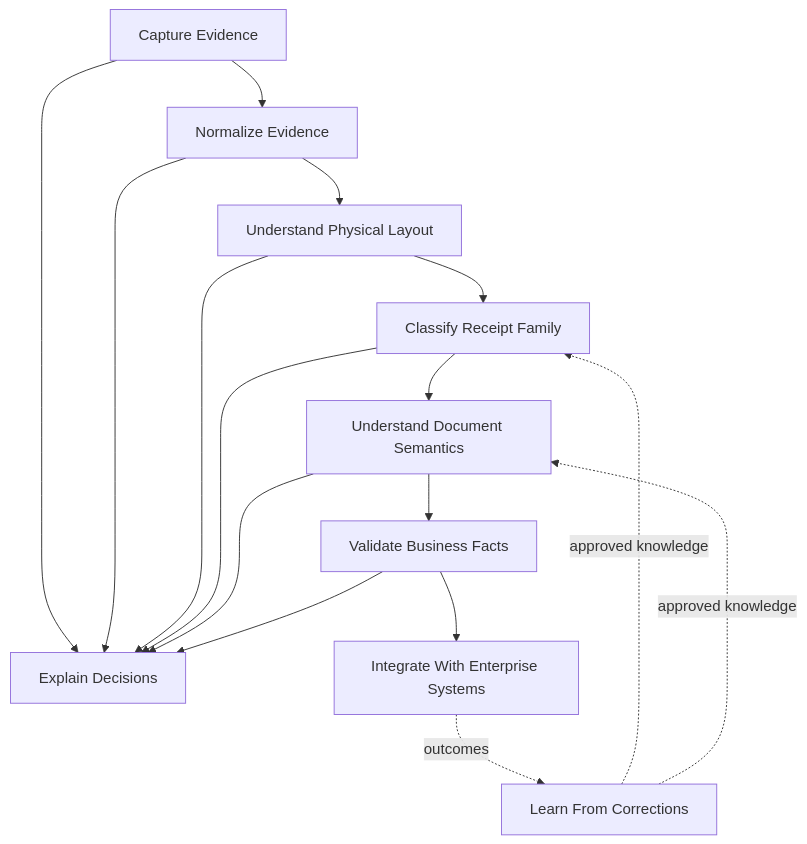
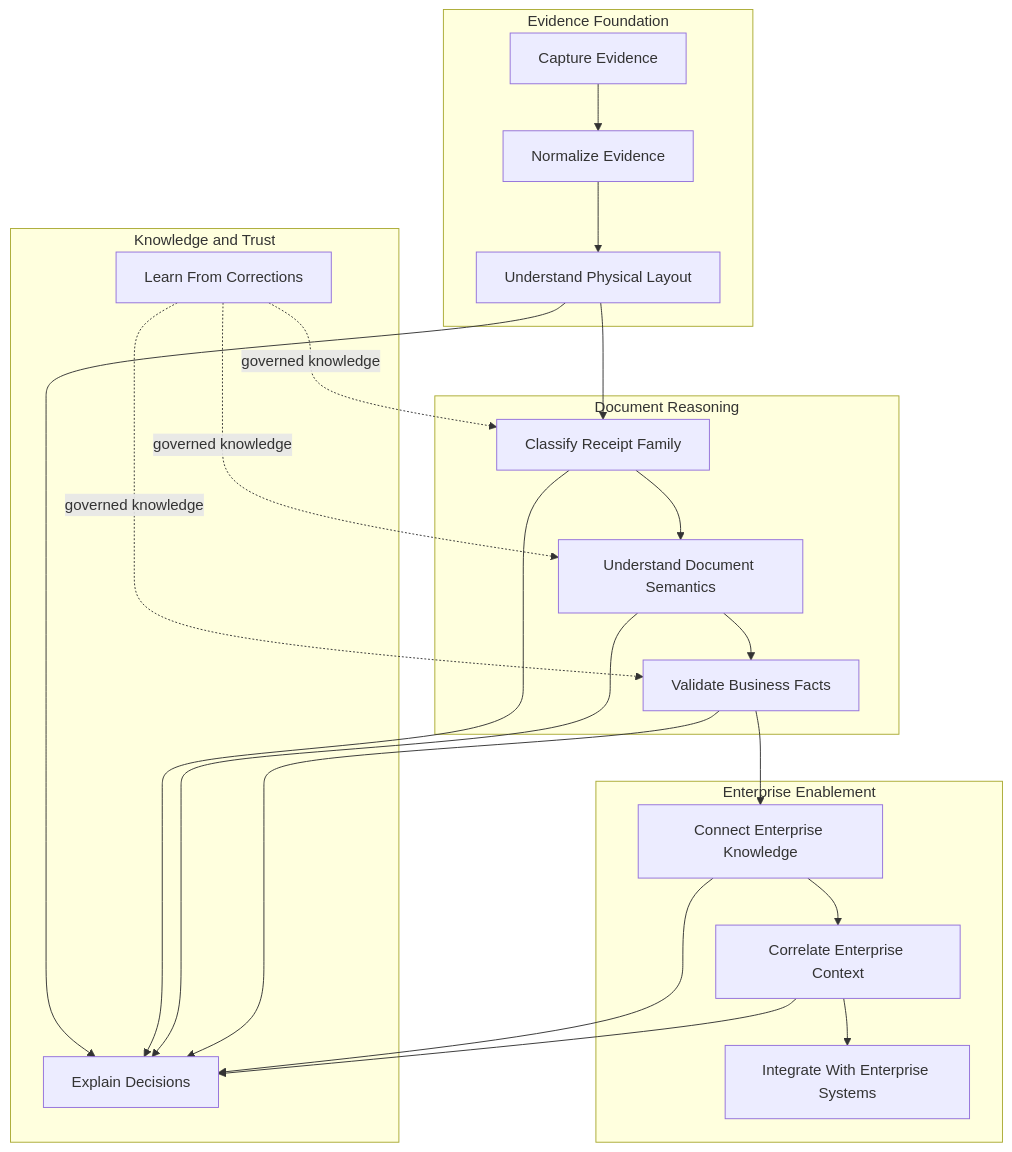
Diagram 14 of 20 in docs/Enterprise-Architecture/Receipt-Intelligence-Enterprise-Architecture.md (rchalicham/ai-backend), drawn with Mermaid before and after one commit. The commit also changed other lines of this file and 330 other files, not shown here.

Commit message:
Add enterprise receipt intelligence frameworks

````diff
--- a/docs/Enterprise-Architecture/Receipt-Intelligence-Enterprise-Architecture.md
+++ b/docs/Enterprise-Architecture/Receipt-Intelligence-Enterprise-Architecture.md
@@ -1224,28 +1676,43 @@
 ```mermaid
-flowchart TD
-    capture[Capture Evidence]
-    normalize[Normalize Evidence]
-    layout[Understand Physical Layout]
-    classify[Classify Receipt Family]
-    semantics[Understand Document Semantics]
-    validate[Validate Business Facts]
-    learn[Learn From Corrections]
-    explain[Explain Decisions]
-    integrate[Integrate With Enterprise Systems]
+flowchart TB
+    subgraph Evidence["Evidence Foundation"]
+        CAPTURE["Capture Evidence"]
+        NORMALIZE["Normalize Evidence"]
+        PHYSICAL["Understand Physical Layout"]
+    end
 
-    capture --> normalize
-    normalize --> layout
-    layout --> classify
-    classify --> semantics
-    semantics --> validate
-    validate --> integrate
-    capture --> explain
-    normalize --> explain
-    layout --> explain
-    classify --> explain
-    semantics --> explain
-    validate --> explain
-    integrate -. outcomes .-> learn
-    learn -. approved knowledge .-> classify
-    learn -. approved knowledge .-> semantics
+    subgraph Reasoning["Document Reasoning"]
+        CLASSIFY["Classify Receipt Family"]
+        SEMANTICS["Understand Document Semantics"]
+        VALIDATE["Validate Business Facts"]
+    end
+
+    subgraph Governance["Knowledge and Trust"]
+        LEARN["Learn From Corrections"]
+        EXPLAIN["Explain Decisions"]
+    end
+
+    subgraph Enterprise["Enterprise Enablement"]
+        CONNECT["Connect Enterprise Knowledge"]
+        CORRELATE["Correlate Enterprise Context"]
+        INTEGRATE["Integrate With Enterprise Systems"]
+    end
+
+    CAPTURE --> NORMALIZE
+    NORMALIZE --> PHYSICAL
+    PHYSICAL --> CLASSIFY
+    CLASSIFY --> SEMANTICS
+    SEMANTICS --> VALIDATE
+    VALIDATE --> CONNECT
+    CONNECT --> CORRELATE
+    CORRELATE --> INTEGRATE
+    LEARN -. "governed knowledge" .-> CLASSIFY
+    LEARN -. "governed knowledge" .-> SEMANTICS
+    LEARN -. "governed knowledge" .-> VALIDATE
+    PHYSICAL --> EXPLAIN
+    CLASSIFY --> EXPLAIN
+    SEMANTICS --> EXPLAIN
+    VALIDATE --> EXPLAIN
+    CONNECT --> EXPLAIN
+    CORRELATE --> EXPLAIN
 ```
````
